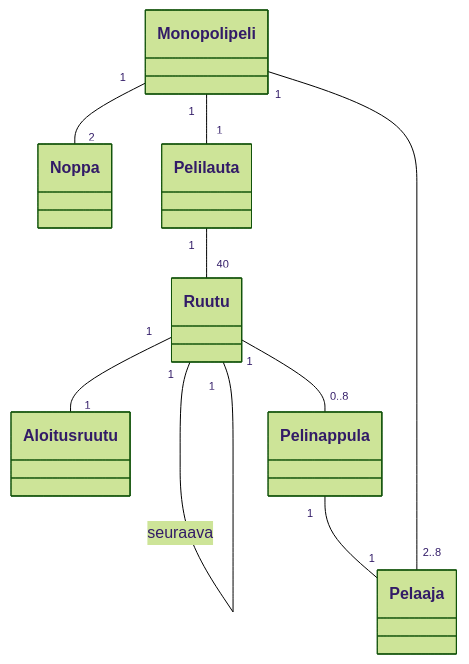
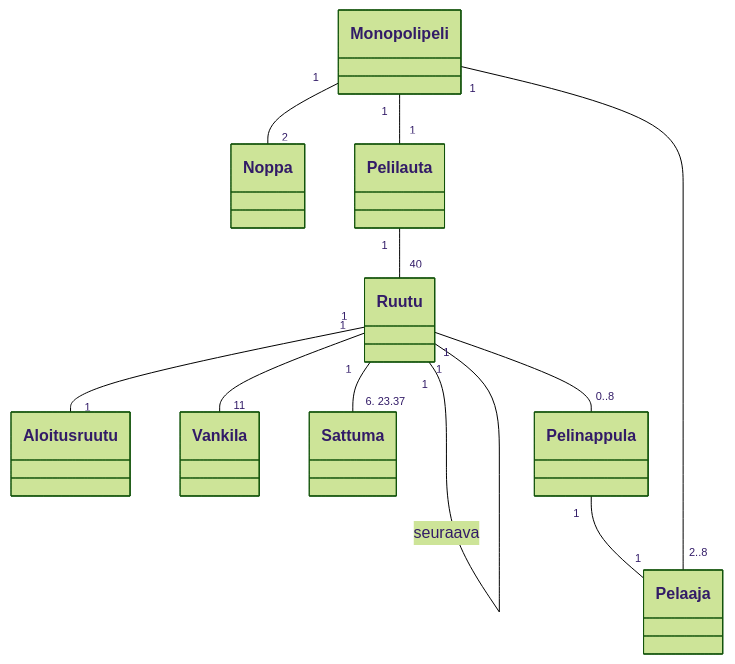
Before and after one commit to Aulanko/ot-harjoitustyo-Leo: the diagram in laskarit/viikko3/monopoliKaavio.md, drawn with Mermaid (forest theme).

Commit message:
Add connections for jail and chance spaces in diagram

````diff
--- a/laskarit/viikko3/monopoliKaavio.md
+++ b/laskarit/viikko3/monopoliKaavio.md
@@ -4,12 +4,15 @@
 ```mermaid
  classDiagram
     Monopolipeli "1" -- "2" Noppa
     Monopolipeli "1" -- "1" Pelilauta
     Pelilauta "1" -- "40" Ruutu
     Ruutu "1" -- "1" Ruutu : seuraava
     Ruutu "1" -- "1" Aloitusruutu
+    Ruutu "1" -- "11" Vankila
+    Ruutu "1" -- "6, 23,37" Sattuma
+
 
     Ruutu "1" -- "0..8" Pelinappula
     Pelinappula "1" -- "1" Pelaaja
     Pelaaja "2..8" -- "1" Monopolipeli
 ```
````
